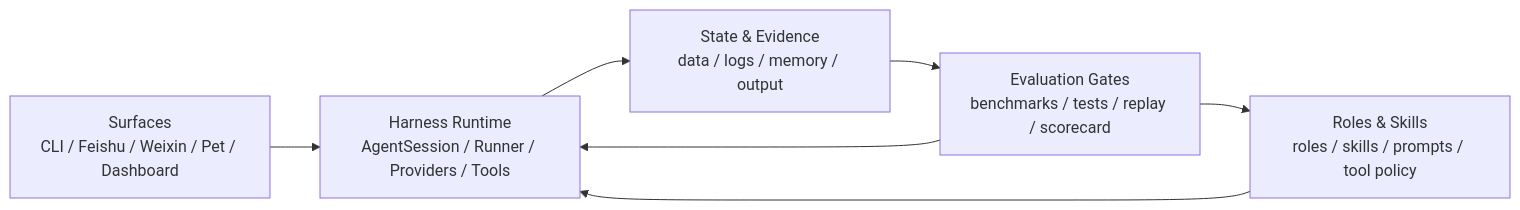
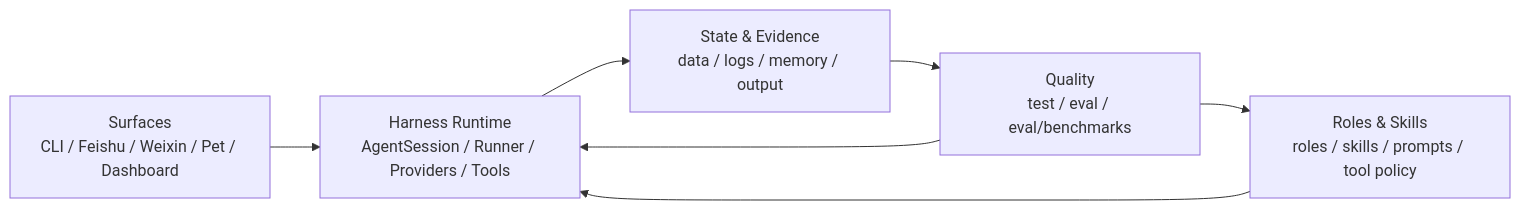
The diagram in README.en.md (fightheyyy/XiaoBa-CLI), drawn with Mermaid before and after one commit. The commit also changed other lines of this file and 271 other files, not shown here.

````diff
--- a/README.en.md
+++ b/README.en.md
@@ -218,15 +227,15 @@
 ```mermaid
 flowchart LR
     Surfaces["Surfaces<br/>CLI / Feishu / Weixin / Pet / Dashboard"]
     Harness["Harness Runtime<br/>AgentSession / Runner / Providers / Tools"]
     Policy["Roles & Skills<br/>roles / skills / prompts / tool policy"]
     Evidence["State & Evidence<br/>data / logs / memory / output"]
-    Gates["Evaluation Gates<br/>benchmarks / tests / replay / scorecard"]
+    Quality["Quality<br/>test / eval / eval/benchmarks"]
 
     Surfaces --> Harness
     Policy --> Harness
     Harness --> Evidence
-    Evidence --> Gates
-    Gates --> Harness
-    Gates --> Policy
+    Evidence --> Quality
+    Quality --> Harness
+    Quality --> Policy
 ```
````
